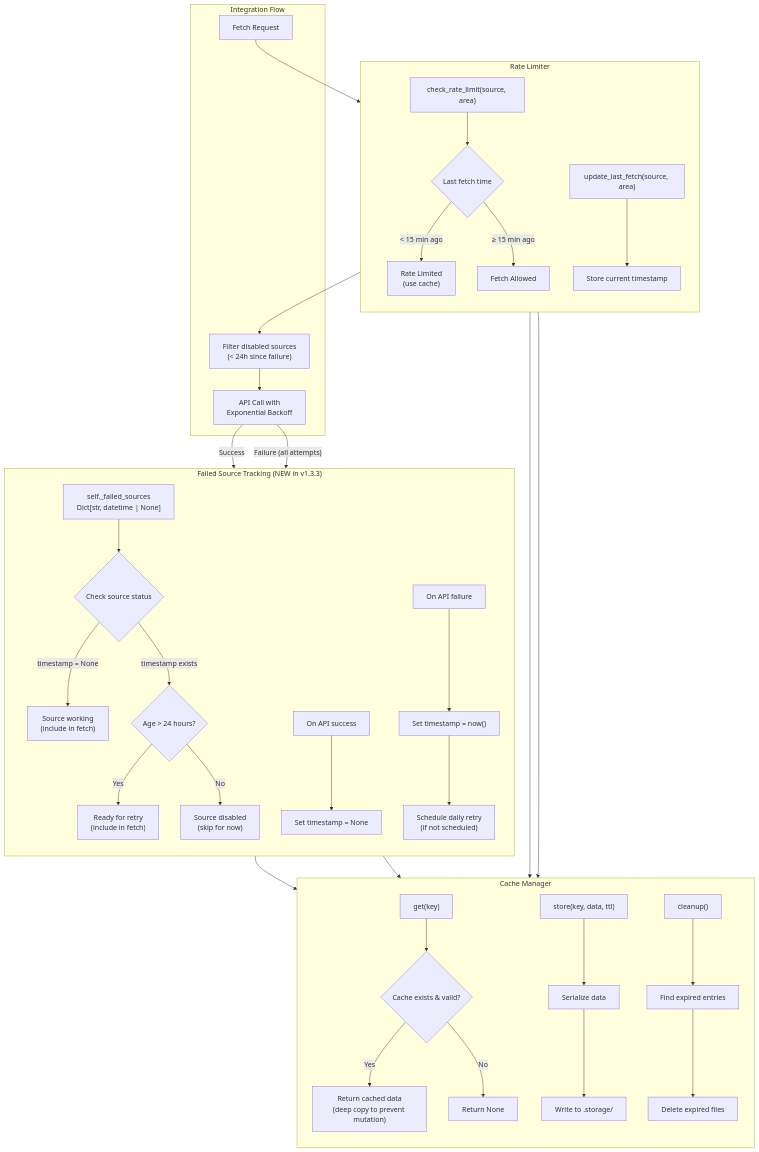
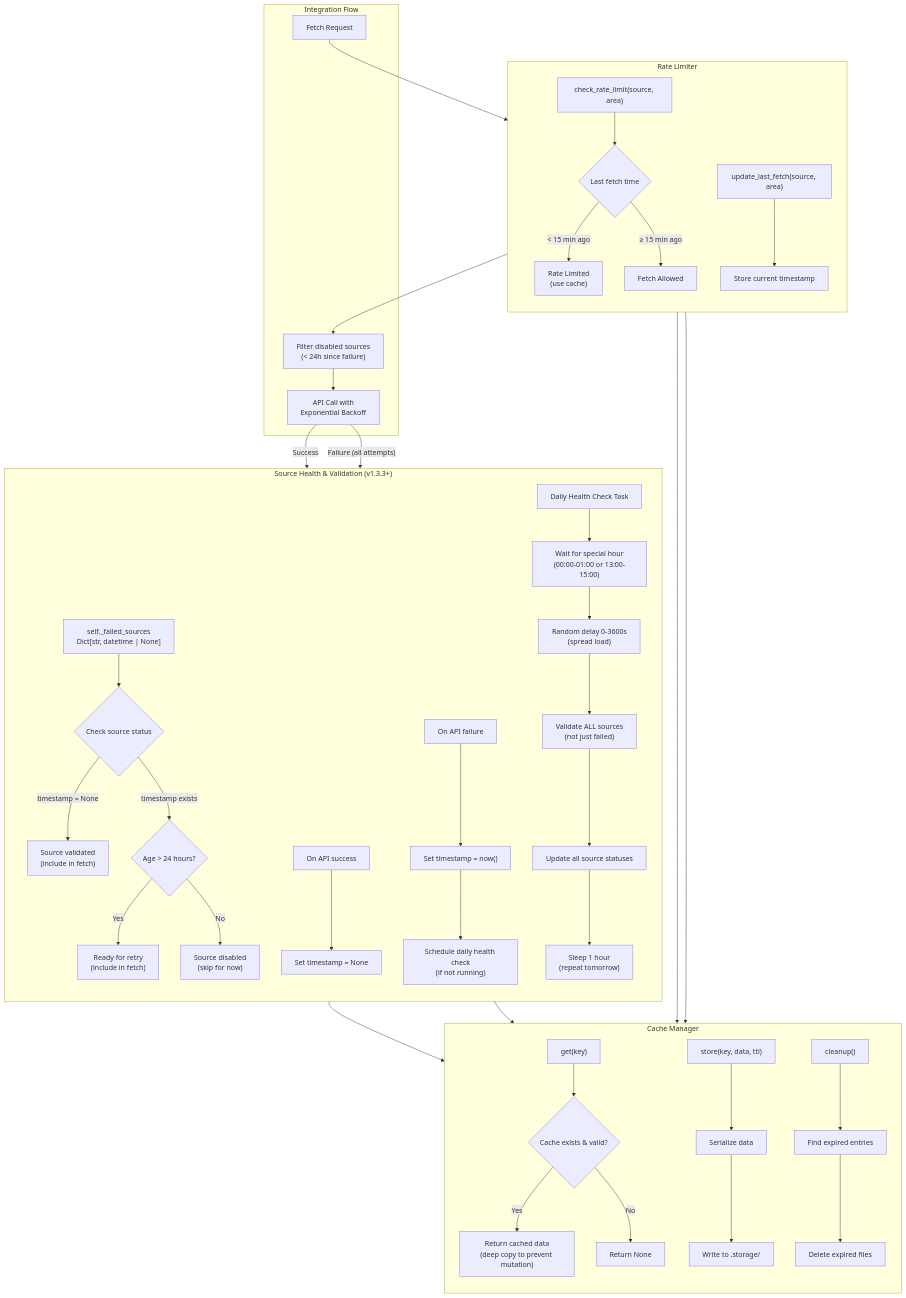
The third of 4 diagrams in README.md (enoch85/ge-spot), drawn with Mermaid before and after one commit. The commit also changed other lines of this file and 9 other files, not shown here.

First line of the commit message:
Feature/daily health check (#18)

````diff
--- a/README.md
+++ b/README.md
@@ -594,49 +622,55 @@
 ```mermaid
 flowchart TD
     subgraph CacheManager["Cache Manager"]
         direction TB
         CacheGet["get(key)"] --> CacheCheck{"Cache exists & valid?"}
         CacheCheck --> |"Yes"| CacheHit["Return cached data<br/>(deep copy to prevent mutation)"]
         CacheCheck --> |"No"| CacheMiss["Return None"]
         
         CacheStore["store(key, data, ttl)"] --> Serialize["Serialize data"]
         Serialize --> WriteFile["Write to .storage/"]
         
         CacheCleanup["cleanup()"] --> FindExpired["Find expired entries"]
         FindExpired --> DeleteExpired["Delete expired files"]
     end
     
     subgraph RateLimiter["Rate Limiter"]
         direction TB
         RLCheck["check_rate_limit(source, area)"] --> LastFetch{"Last fetch time"}
         LastFetch --> |"< 15 min ago"| Blocked["Rate Limited<br/>(use cache)"]
         LastFetch --> |"≥ 15 min ago"| Allowed["Fetch Allowed"]
         
         RLUpdate["update_last_fetch(source, area)"] --> StoreTime["Store current timestamp"]
     end
     
-    subgraph FailedSourceTracking["Failed Source Tracking (NEW in v1.3.3)"]
+    subgraph FailedSourceTracking["Source Health & Validation (v1.3.3+)"]
         direction TB
         FailedDict["self._failed_sources<br/>Dict[str, datetime | None]"] --> CheckStatus{"Check source status"}
-        CheckStatus --> |"timestamp = None"| SourceOK["Source working<br/>(include in fetch)"]
+        CheckStatus --> |"timestamp = None"| SourceOK["Source validated<br/>(include in fetch)"]
         CheckStatus --> |"timestamp exists"| CheckAge{"Age > 24 hours?"}
         CheckAge --> |"Yes"| SourceReady["Ready for retry<br/>(include in fetch)"]
         CheckAge --> |"No"| SourceDisabled["Source disabled<br/>(skip for now)"]
         
         OnSuccess["On API success"] --> ClearTimestamp["Set timestamp = None"]
         OnFailure["On API failure"] --> SetTimestamp["Set timestamp = now()"]
-        SetTimestamp --> ScheduleDailyRetry["Schedule daily retry<br/>(if not scheduled)"]
+        SetTimestamp --> ScheduleHealthCheck["Schedule daily health check<br/>(if not running)"]
+        
+        HealthCheckTask["Daily Health Check Task"] --> WaitWindow["Wait for special hour<br/>(00:00-01:00 or 13:00-15:00)"]
+        WaitWindow --> RandomDelay["Random delay 0-3600s<br/>(spread load)"]
+        RandomDelay --> ValidateAll["Validate ALL sources<br/>(not just failed)"]
+        ValidateAll --> UpdateStatus["Update all source statuses"]
+        UpdateStatus --> Sleep["Sleep 1 hour<br/>(repeat tomorrow)"]
     end
     
     subgraph Integration["Integration Flow"]
         FetchRequest["Fetch Request"] --> RLCheck
         Blocked --> CacheGet
         Allowed --> FilterDisabled["Filter disabled sources<br/>(< 24h since failure)"]
         FilterDisabled --> APICall["API Call with<br/>Exponential Backoff"]
         APICall --> |"Success"| OnSuccess
         APICall --> |"Failure (all attempts)"| OnFailure
         OnSuccess --> CacheStore
         OnFailure --> CacheGet
         RLUpdate --> CacheStore
     end
 ```
````
